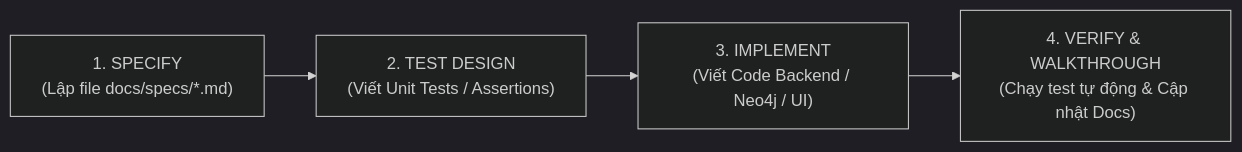
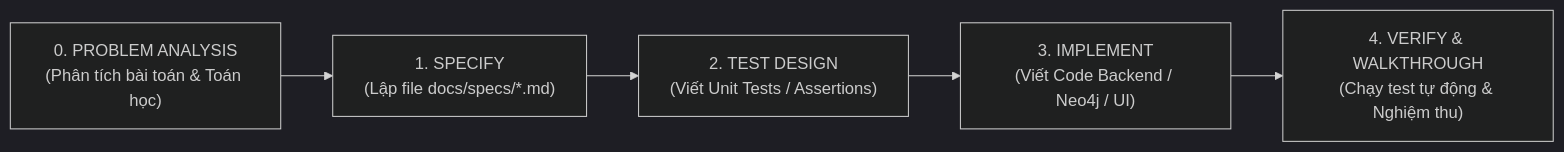
The diagram in .agents/rules/spec_driven_rules.md (phandevv/AdmissionKG), drawn with Mermaid (dark theme) before and after one commit. The commit also changed other lines of this file and 4 other files, not shown here.

````diff
--- a/.agents/rules/spec_driven_rules.md
+++ b/.agents/rules/spec_driven_rules.md
@@ -26,6 +37,7 @@
 ```mermaid
 graph LR
-    Step1["1. SPECIFY<br/>(Lập file docs/specs/*.md)"] --> Step2["2. TEST DESIGN<br/>(Viết Unit Tests / Assertions)"]
+    Step0["0. PROBLEM ANALYSIS<br/>(Phân tích bài toán & Toán học)"] --> Step1["1. SPECIFY<br/>(Lập file docs/specs/*.md)"]
+    Step1 --> Step2["2. TEST DESIGN<br/>(Viết Unit Tests / Assertions)"]
     Step2 --> Step3["3. IMPLEMENT<br/>(Viết Code Backend / Neo4j / UI)"]
-    Step3 --> Step4["4. VERIFY & WALKTHROUGH<br/>(Chạy test tự động & Cập nhật Docs)"]
+    Step3 --> Step4["4. VERIFY & WALKTHROUGH<br/>(Chạy test tự động & Nghiệm thu)"]
 ```
````
